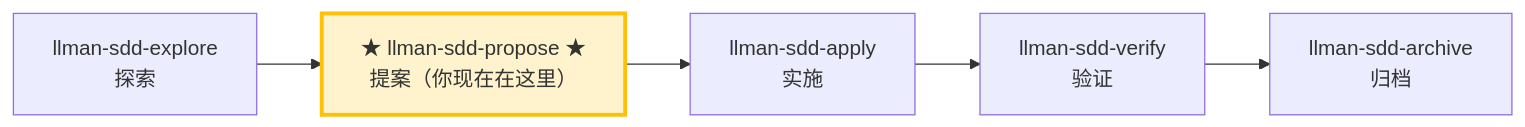
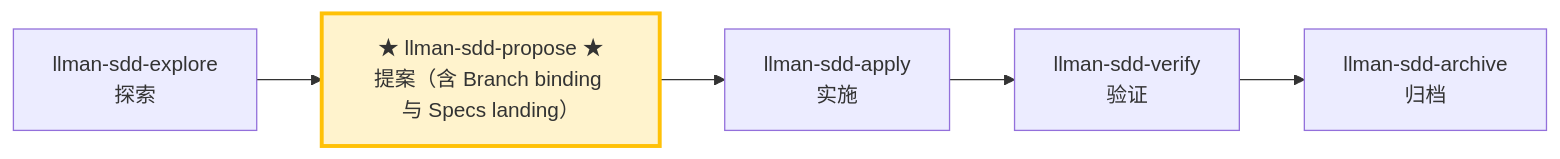
Before and after one commit to StrayDragon/xylitol: the second of 2 diagrams in .agents/skills/llman-sdd-propose/SKILL.md, drawn with Mermaid. The commit also changed other lines of this file and 16 other files, not shown here.

Commit message:
agentdev: update llman sdd skills

````diff
--- a/.agents/skills/llman-sdd-propose/SKILL.md
+++ b/.agents/skills/llman-sdd-propose/SKILL.md
@@ -17,10 +58,10 @@
 ```mermaid
 flowchart LR
     explore["llman-sdd-explore<br/>探索"] --> propose
-    propose["★ llman-sdd-propose ★<br/>提案（你现在在这里）"]
+    propose["★ llman-sdd-propose ★<br/>提案（含 Branch binding 与 Specs landing）"]
     propose --> apply["llman-sdd-apply<br/>实施"]
     apply --> verify["llman-sdd-verify<br/>验证"]
     verify --> archive["llman-sdd-archive<br/>归档"]
 
     style propose fill:#fff3cd,stroke:#ffc107,stroke-width:3px
 ```
````
